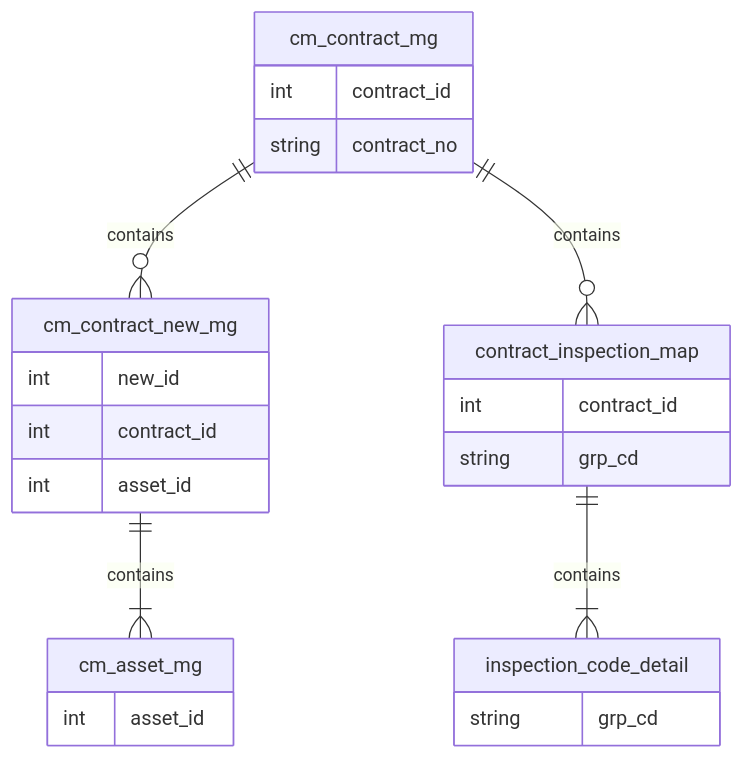
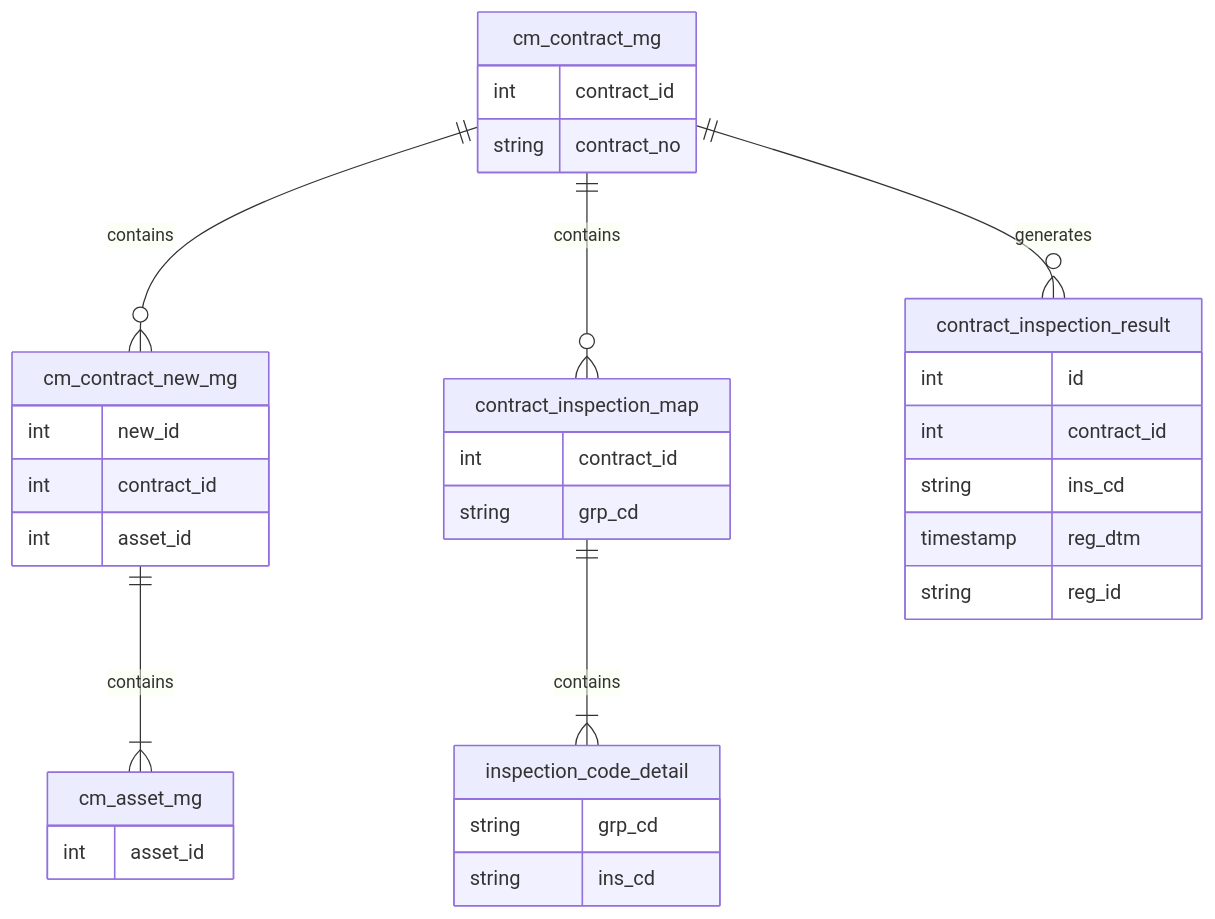
Before and after one commit to sseregit/Obsidian: the diagram in Works/KnowWhereSoft/complysight/정보시스템 상태점검/ERD.md, drawn with Mermaid. The commit also changed other lines of this file, not shown here.

Commit message:
vault backup: 2025-07-09 14:01:47

````diff
--- a/Works/KnowWhereSoft/complysight/정보시스템 상태점검/ERD.md
+++ b/Works/KnowWhereSoft/complysight/정보시스템 상태점검/ERD.md
@@ -1,57 +1,79 @@
 ```mermaid
 erDiagram
 
 cm_contract_mg ||--o{ cm_contract_new_mg : contains
 
 cm_contract_mg ||--o{ contract_inspection_map : contains
 
 cm_contract_new_mg ||--|{ cm_asset_mg : contains
 
 contract_inspection_map ||--|{ inspection_code_detail : contains
+
+cm_contract_mg ||--o{ contract_inspection_result : generates
+
+  
 
 cm_contract_mg {
 
 int contract_id
 
 string contract_no
 
 }
 
   
 
 cm_contract_new_mg {
 
 int new_id
 
 int contract_id
 
 int asset_id
 
 }
 
   
 
 cm_asset_mg {
 
 int asset_id
 
 }
 
   
 
 contract_inspection_map {
 
 int contract_id
 
 string grp_cd
 
 }
 
   
 
 inspection_code_detail {
 
 string grp_cd
 
+string ins_cd
+
+}
+
+  
+
+contract_inspection_result {
+
+int id
+
+int contract_id
+
+string ins_cd
+
+timestamp reg_dtm
+
+string reg_id
+
 }
 ```
````
